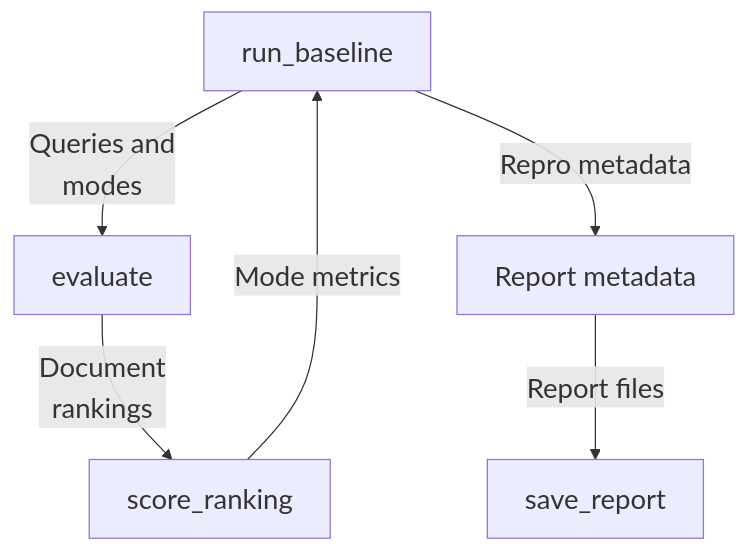
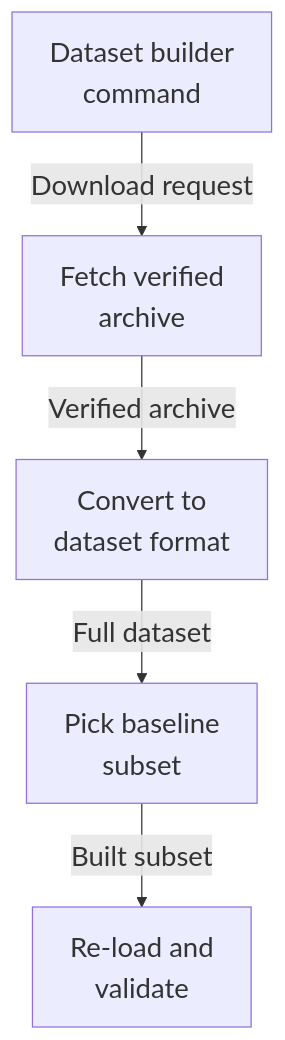
Before and after one commit to Justin-Mendoza/Afterclass: the diagram in maps/evaluation/diagram-03.mmd, drawn with Mermaid. The commit also changed 91 other files, not shown here.

```diff
--- a/maps/evaluation/diagram-03.mmd
+++ b/maps/evaluation/diagram-03.mmd
@@ -1,12 +1,11 @@
 %%{init: {"themeVariables": {"fontSize": "22px"}}}%%
 flowchart TD
-  n0["run_baseline"]
-  n1["evaluate"]
-  n2["score_ranking"]
-  n3["Report metadata"]
-  n4["save_report"]
-  n0 -->|"Queries and<br/>modes"| n1
-  n1 -->|"Document<br/>rankings"| n2
-  n2 -->|"Mode metrics"| n0
-  n0 -->|"Repro metadata"| n3
-  n3 -->|"Report files"| n4
+  n0["Dataset builder<br/>command"]
+  n1["Fetch verified<br/>archive"]
+  n2["Convert to<br/>dataset format"]
+  n3["Pick baseline<br/>subset"]
+  n4["Re-load and<br/>validate"]
+  n0 -->|"Download request"| n1
+  n1 -->|"Verified archive"| n2
+  n2 -->|"Full dataset"| n3
+  n3 -->|"Built subset"| n4
```
